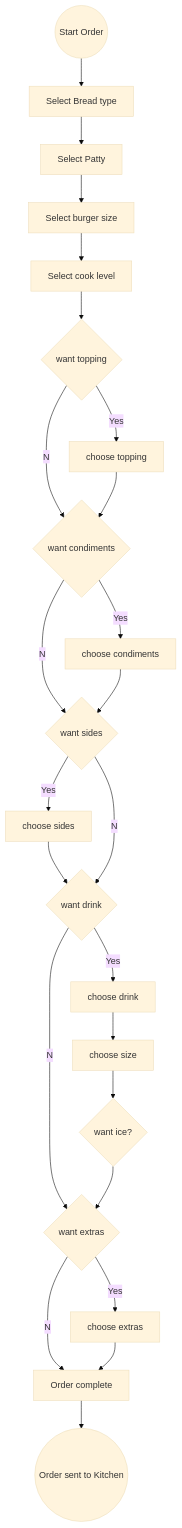
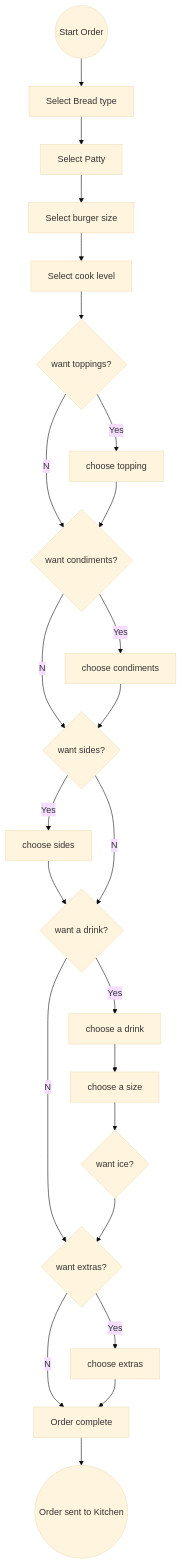
Before and after one commit to yusale9/student-showcase: the diagram in student-work/2023/Rina-Solomon/API/ReadMe.md, drawn with Mermaid (base theme).

````diff
--- a/student-work/2023/Rina-Solomon/API/ReadMe.md
+++ b/student-work/2023/Rina-Solomon/API/ReadMe.md
@@ -26,26 +26,26 @@
 ```mermaid
    flowchart TD
    A((Start Order))-->B[Select Bread type]
    B-->C[Select Patty]
    C-->D[Select burger size]
    D-->E[Select cook level]
-   E-->F{want topping}
-   F--No-->H{want condiments}
+   E-->F{want toppings?}
+   F--No-->H{want condiments?}
    F--Yes-->G[choose topping]
-   G-->H{want condiments}
-   H--No-->J{want sides}
+   G-->H{want condiments?}
+   H--No-->J{want sides?>}
    H--Yes-->I[choose condiments]
-   I-->J{want sides}
+   I-->J{want sides?}
    J--Yes-->K[choose sides]
-   K-->L{want drink}
-   J--No-->L{want drink}
-   L--Yes-->M[choose drink]
-   M-->N[choose size]
+   K-->L{want a drink?}
+   J--No-->L{want a drink?}
+   L--Yes-->M[choose a drink]
+   M-->N[choose a size]
    N-->O{want ice?}
-   L--No-->P{want extras}
-   O-->P{want extras}
+   L--No-->P{want extras?}
+   O-->P{want extras?}
    P--Yes-->Q[choose extras]
    P--No-->R[Order complete]
    Q-->R[Order complete]
    R-->S((Order sent to Kitchen))
 ```
````
